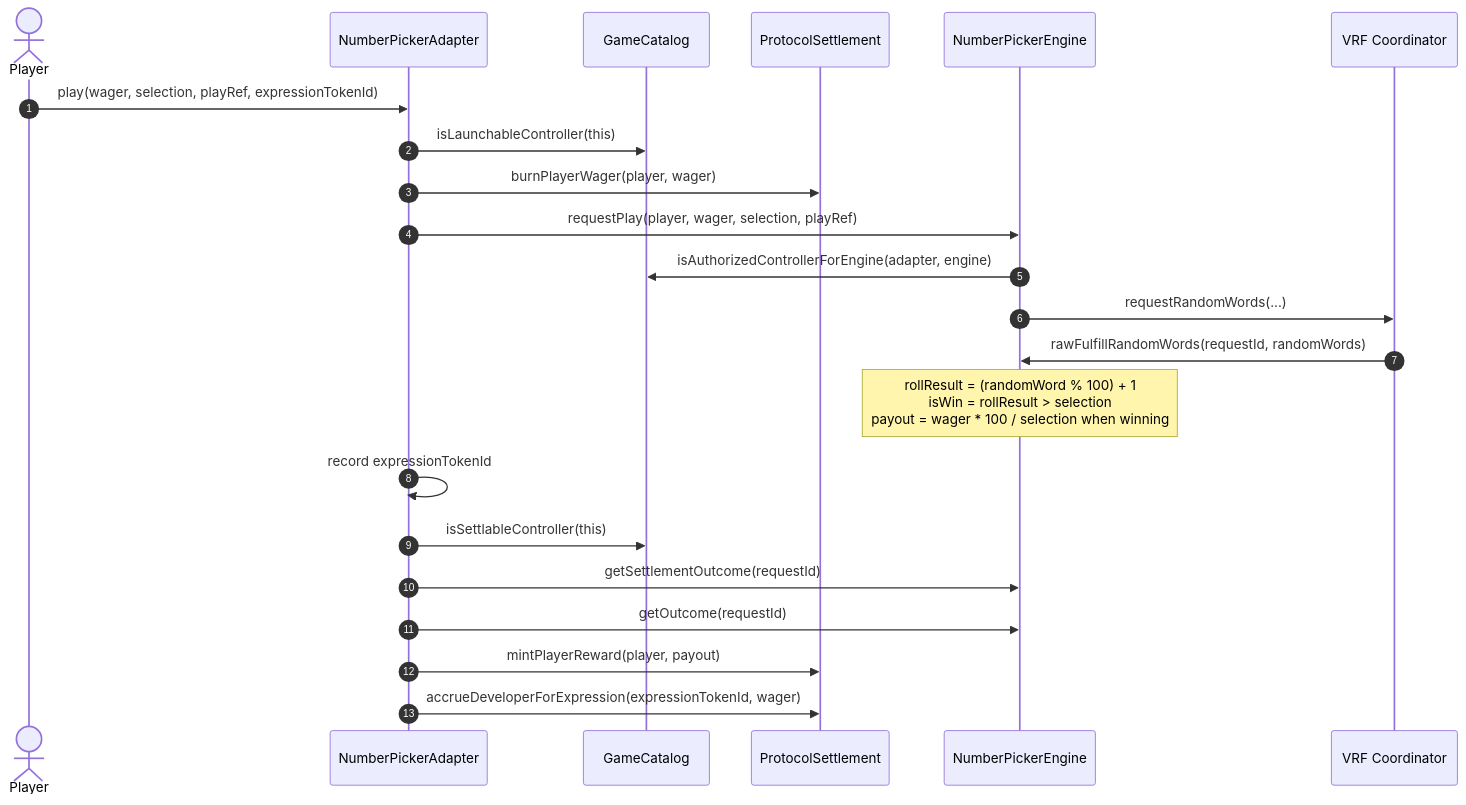
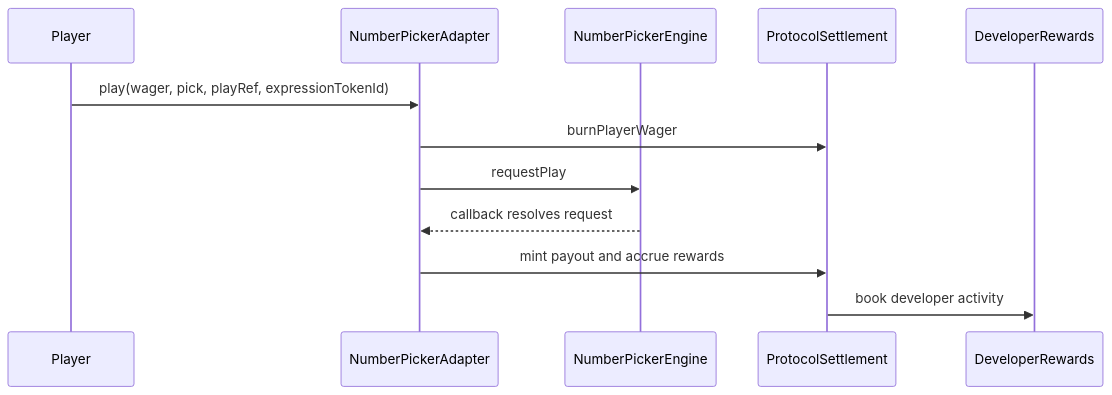
One commit to zachdt/scuro changed the first of 2 diagrams in docs/game-module-user-flows.md. Above: the diagram before and after it, drawn with Mermaid. The commit also changed other lines of this file and 255 other files, not shown here.

````diff
--- a/docs/game-module-user-flows.md
+++ b/docs/game-module-user-flows.md
@@ -25,25 +12,15 @@
 ```mermaid
 sequenceDiagram
-    autonumber
-    actor Player
-    participant Adapter as NumberPickerAdapter
-    participant Catalog as GameCatalog
+    participant Player
+    participant Controller as NumberPickerAdapter
+    participant Engine as NumberPickerEngine
     participant Settlement as ProtocolSettlement
-    participant Engine as NumberPickerEngine
-    participant VRF as VRF Coordinator
+    participant Rewards as DeveloperRewards
 
-    Player->>Adapter: play(wager, selection, playRef, expressionTokenId)
-    Adapter->>Catalog: isLaunchableController(this)
-    Adapter->>Settlement: burnPlayerWager(player, wager)
-    Adapter->>Engine: requestPlay(player, wager, selection, playRef)
-    Engine->>Catalog: isAuthorizedControllerForEngine(adapter, engine)
-    Engine->>VRF: requestRandomWords(...)
-    VRF->>Engine: rawFulfillRandomWords(requestId, randomWords)
-    Note over Engine: rollResult = (randomWord % 100) + 1<br/>isWin = rollResult > selection<br/>payout = wager * 100 / selection when winning
-    Adapter->>Adapter: record expressionTokenId
-    Adapter->>Catalog: isSettlableController(this)
-    Adapter->>Engine: getSettlementOutcome(requestId)
-    Adapter->>Engine: getOutcome(requestId)
-    Adapter->>Settlement: mintPlayerReward(player, payout)
-    Adapter->>Settlement: accrueDeveloperForExpression(expressionTokenId, wager)
+    Player->>Controller: play(wager, pick, playRef, expressionTokenId)
+    Controller->>Settlement: burnPlayerWager
+    Controller->>Engine: requestPlay
+    Engine-->>Controller: callback resolves request
+    Controller->>Settlement: mint payout and accrue rewards
+    Settlement->>Rewards: book developer activity
 ```
````
